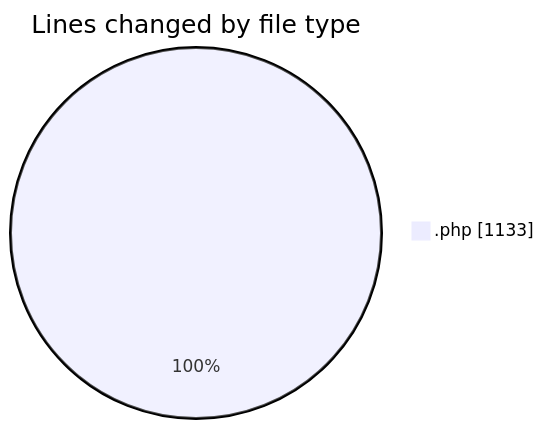
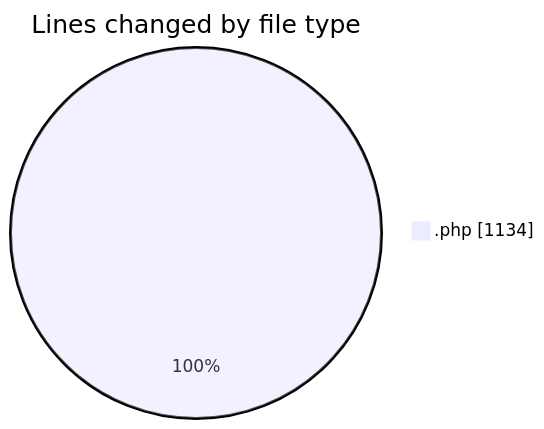
Before and after one commit to debugP/code-tracking: the first of 2 diagrams in 2025-10-14/untitled__workspace_/README.md, drawn with Mermaid. The commit also changed other lines of this file and 1 other file, not shown here.

````diff
--- a/2025-10-14/untitled__workspace_/README.md
+++ b/2025-10-14/untitled__workspace_/README.md
@@ -20,5 +20,5 @@
 ```mermaid
 pie showData
 title Lines changed by file type
-".php" : 1133
+".php" : 1134
 ```
````
